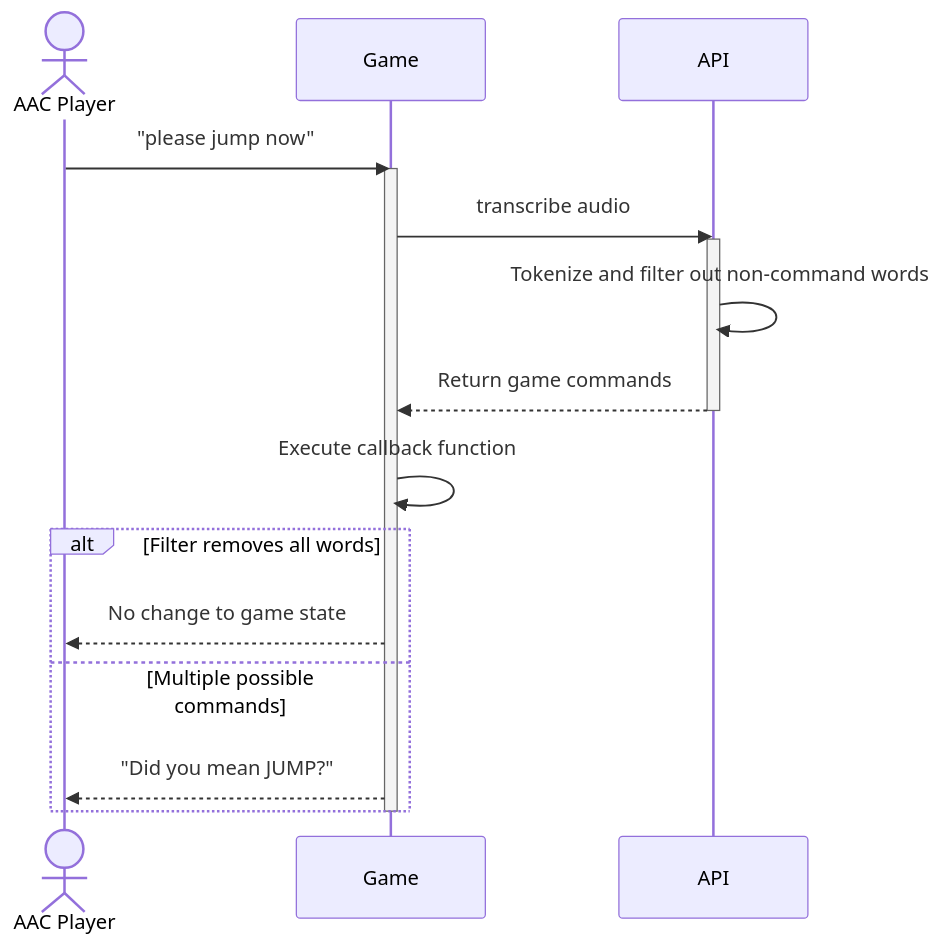
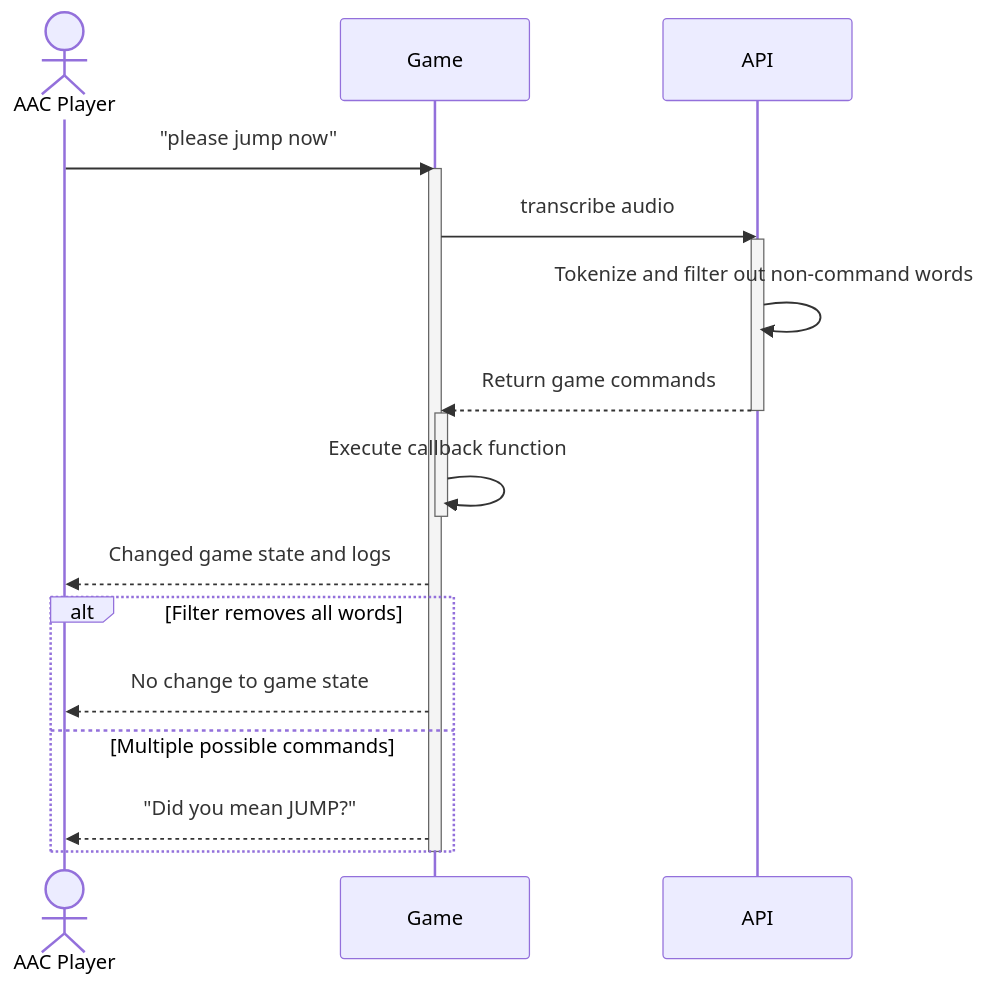
Before and after one commit to Capstone-Projects-2025-Fall/project-001-aac-api: the second of 8 diagrams in documentation/docs/system-architecture/sequence-diagrams.md, drawn with Mermaid. The commit also changed other lines of this file, not shown here.

Commit message:
update sequence diagram 4 and edit 2

````diff
--- a/documentation/docs/system-architecture/sequence-diagrams.md
+++ b/documentation/docs/system-architecture/sequence-diagrams.md
@@ -51,22 +51,24 @@
 ```mermaid
 sequenceDiagram
     actor AAC Player
     participant Game
     participant API
     
     AAC Player->>Game: "please jump now"
     activate Game
     Game->>API: transcribe audio
     activate API
     API->>API: Tokenize and filter out non-command words
     API-->>Game: Return game commands
     deactivate API
+    activate Game
     Game->>Game: Execute callback function
-
+    deactivate Game
+    Game-->>AAC Player: Changed game state and logs
     alt Filter removes all words
         Game-->>AAC Player: No change to game state
     else Multiple possible commands
         Game-->>AAC Player: "Did you mean JUMP?"
     end
     deactivate Game
 ```
````
